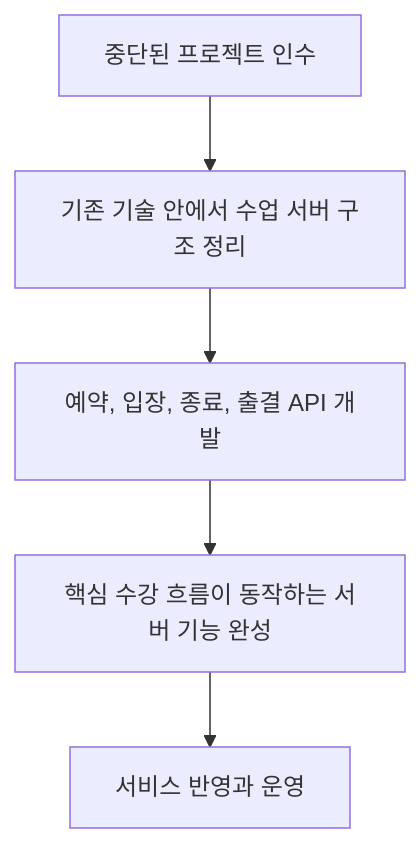
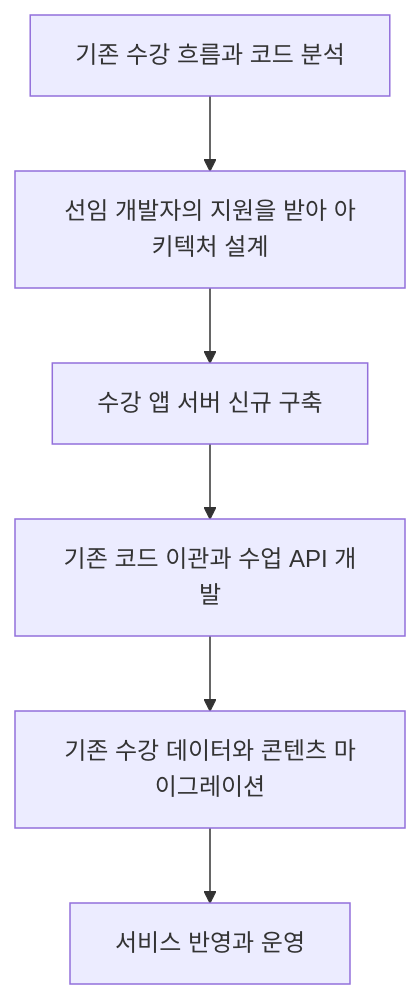
Before and after one commit to KimHG1995/work-history: the diagram in projects/education-services/class-app-server.md, drawn with Mermaid. The commit also changed other lines of this file and 4 other files, not shown here.

````diff
--- a/projects/education-services/class-app-server.md
+++ b/projects/education-services/class-app-server.md
@@ -31,7 +35,8 @@
 ```mermaid
 flowchart TD
-    take["중단된 프로젝트 인수"] --> design["기존 기술 안에서 수업 서버 구조 정리"]
-    design --> api["예약, 입장, 종료, 출결 API 개발"]
-    api --> complete["핵심 수강 흐름이 동작하는 서버 기능 완성"]
-    complete --> operation["서비스 반영과 운영"]
+    analyze["기존 수강 흐름과 코드 분석"] --> architecture["선임 개발자의 지원을 받아 아키텍처 설계"]
+    architecture --> server["수강 앱 서버 신규 구축"]
+    server --> code["기존 코드 이관과 수업 API 개발"]
+    code --> migrate["기존 수강 데이터와 콘텐츠 마이그레이션"]
+    migrate --> operation["서비스 반영과 운영"]
 ```
````
